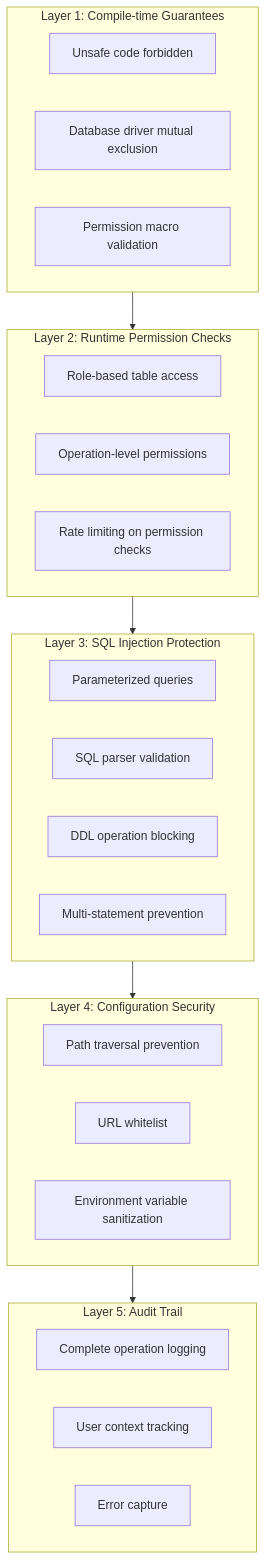
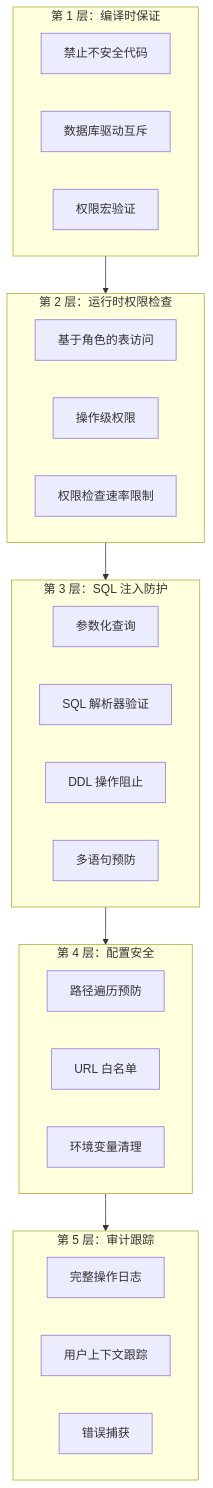
Diagram 11 of 15 in docs/ARCHITECTURE.md (Kirky-X/dbnexus), drawn with Mermaid before and after one commit. The commit also changed other lines of this file and 2 other files, not shown here.

````diff
--- a/docs/ARCHITECTURE.md
+++ b/docs/ARCHITECTURE.md
@@ -706,38 +706,38 @@
 ```mermaid
 graph TD
-    subgraph Layer1["Layer 1: Compile-time Guarantees"]
-        Unsafe[Unsafe code forbidden]
-        DriverMutual[Database driver mutual exclusion]
-        PermMacro[Permission macro validation]
+    subgraph Layer1["第 1 层：编译时保证"]
+        Unsafe[禁止不安全代码]
+        DriverMutual[数据库驱动互斥]
+        PermMacro[权限宏验证]
     end
 
-    subgraph Layer2["Layer 2: Runtime Permission Checks"]
-        RoleAccess[Role-based table access]
-        OpPerm[Operation-level permissions]
-        RateLimit[Rate limiting on permission checks]
+    subgraph Layer2["第 2 层：运行时权限检查"]
+        RoleAccess[基于角色的表访问]
+        OpPerm[操作级权限]
+        RateLimit[权限检查速率限制]
     end
 
-    subgraph Layer3["Layer 3: SQL Injection Protection"]
-        ParamQueries[Parameterized queries]
-        SQLParser[SQL parser validation]
-        DDLBlock[DDL operation blocking]
-        MultiStmt[Multi-statement prevention]
+    subgraph Layer3["第 3 层：SQL 注入防护"]
+        ParamQueries[参数化查询]
+        SQLParser[SQL 解析器验证]
+        DDLBlock[DDL 操作阻止]
+        MultiStmt[多语句预防]
     end
 
-    subgraph Layer4["Layer 4: Configuration Security"]
-        PathPrev[Path traversal prevention]
-        URLWhitelist[URL whitelist]
-        EnvSanitize[Environment variable sanitization]
+    subgraph Layer4["第 4 层：配置安全"]
+        PathPrev[路径遍历预防]
+        URLWhitelist[URL 白名单]
+        EnvSanitize[环境变量清理]
     end
 
-    subgraph Layer5["Layer 5: Audit Trail"]
-        OpLog[Complete operation logging]
-        UserTrack[User context tracking]
-        ErrorCapture[Error capture]
+    subgraph Layer5["第 5 层：审计跟踪"]
+        OpLog[完整操作日志]
+        UserTrack[用户上下文跟踪]
+        ErrorCapture[错误捕获]
     end
 
     Layer1 --> Layer2
     Layer2 --> Layer3
     Layer3 --> Layer4
     Layer4 --> Layer5
 ```
````
